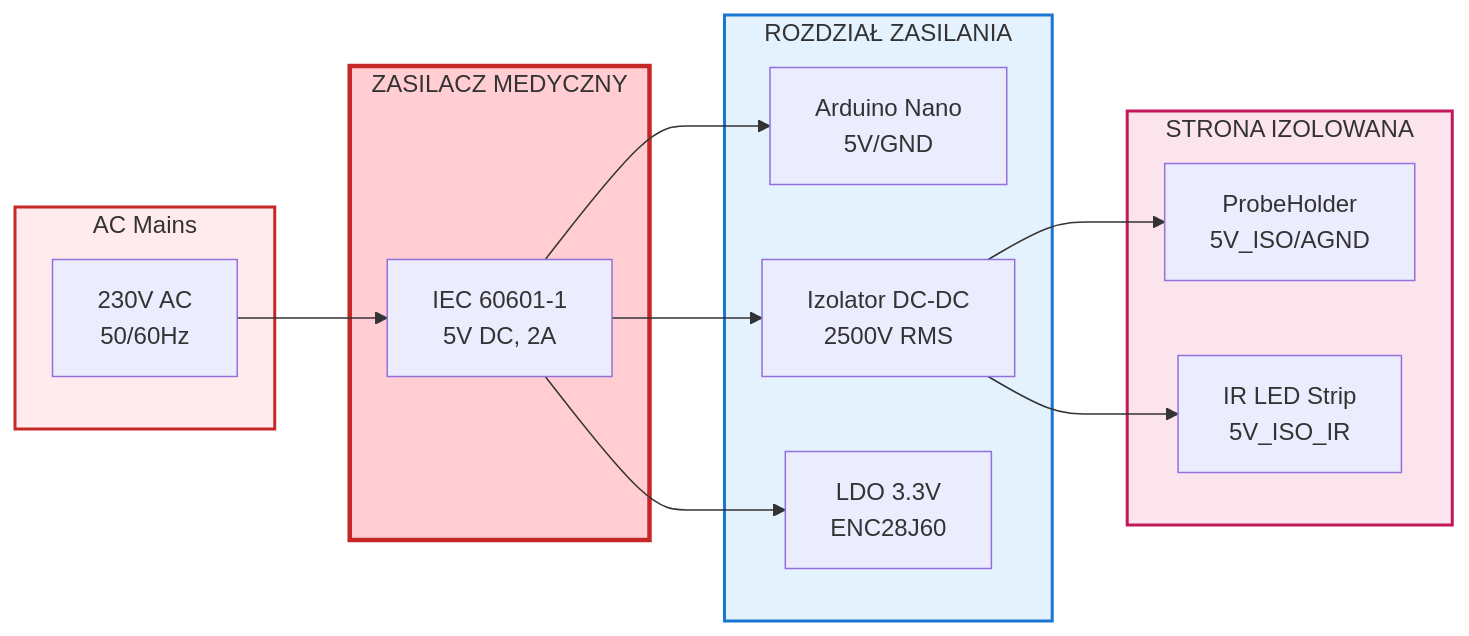
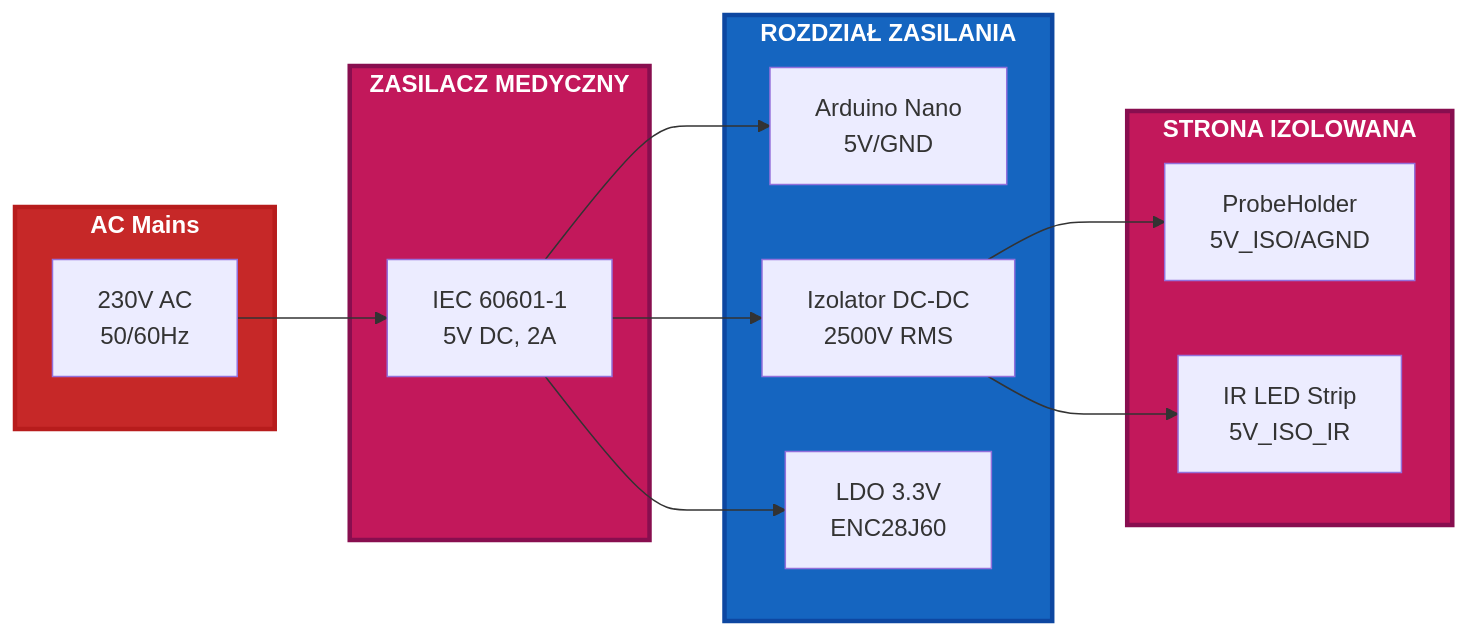
One commit to bartoszruta26-droid/Bioresonance changed the fifth of 7 diagrams in hardware.md. Above: the diagram before and after it, drawn with Mermaid. The commit also changed other lines of this file and 1 other file, not shown here.

````diff
--- a/hardware.md
+++ b/hardware.md
@@ -612,33 +624,38 @@
 ```mermaid
 flowchart LR
     subgraph AC["AC Mains"]
         AC1["230V AC<br/>50/60Hz"]
     end
     
     subgraph PSU["ZASILACZ MEDYCZNY"]
         P1["IEC 60601-1<br/>5V DC, 2A"]
     end
     
     subgraph Distribution["ROZDZIAŁ ZASILANIA"]
         D1["Arduino Nano<br/>5V/GND"]
         D2["Izolator DC-DC<br/>2500V RMS"]
         D3["LDO 3.3V<br/>ENC28J60"]
     end
     
     subgraph Isolated["STRONA IZOLOWANA"]
         I1["ProbeHolder<br/>5V_ISO/AGND"]
         I2["IR LED Strip<br/>5V_ISO_IR"]
     end
     
     AC1 --> P1
     P1 --> D1
     P1 --> D2
     P1 --> D3
     D2 --> I1
     D2 --> I2
     
-    style AC fill:#ffebee,stroke:#c62828,stroke-width:2px
-    style PSU fill:#ffcdd2,stroke:#c62828,stroke-width:3px
-    style Distribution fill:#e3f2fd,stroke:#1976d2,stroke-width:2px
-    style Isolated fill:#fce4ec,stroke:#c2185b,stroke-width:2px
+    classDef ac fill:#c62828,stroke:#b71c1c,stroke-width:3px,color:#ffffff,font-weight:bold
+    classDef psu fill:#c2185b,stroke:#880e4f,stroke-width:3px,color:#ffffff,font-weight:bold
+    classDef dist fill:#1565c0,stroke:#0d47a1,stroke-width:3px,color:#ffffff,font-weight:bold
+    classDef iso fill:#c2185b,stroke:#880e4f,stroke-width:3px,color:#ffffff,font-weight:bold
+    
+    class AC ac
+    class PSU psu
+    class Distribution dist
+    class Isolated iso
 ```
````
